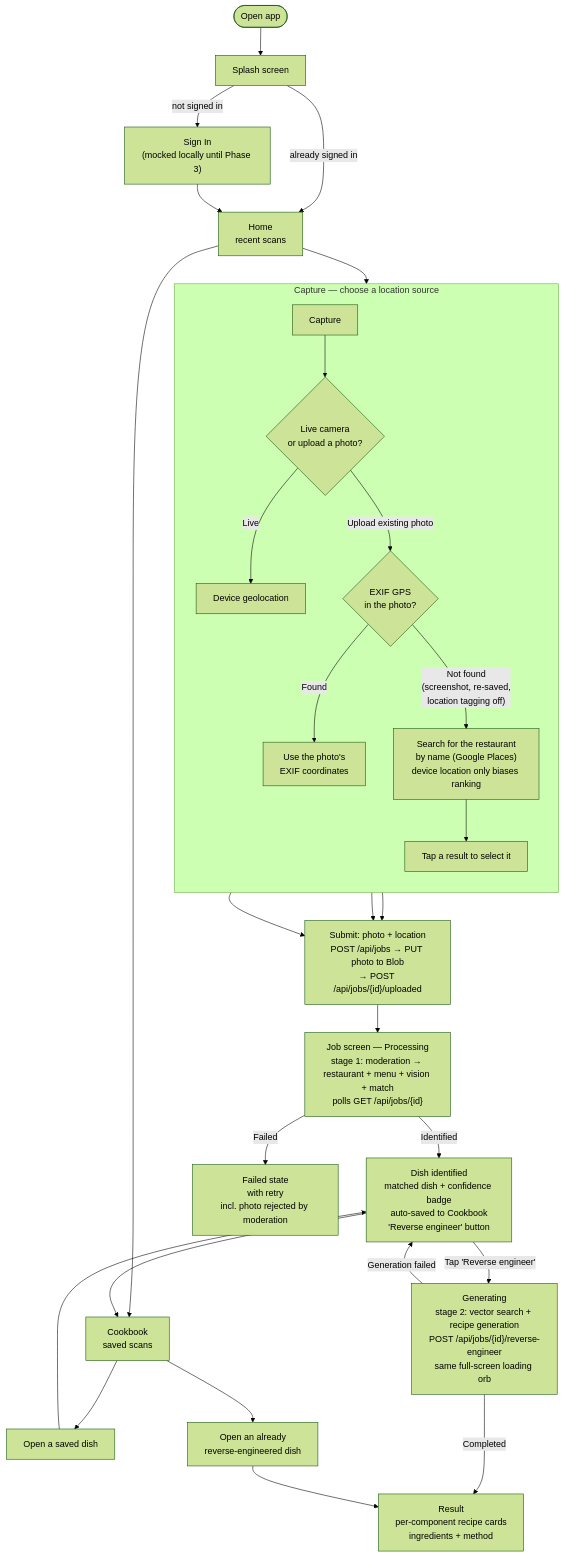
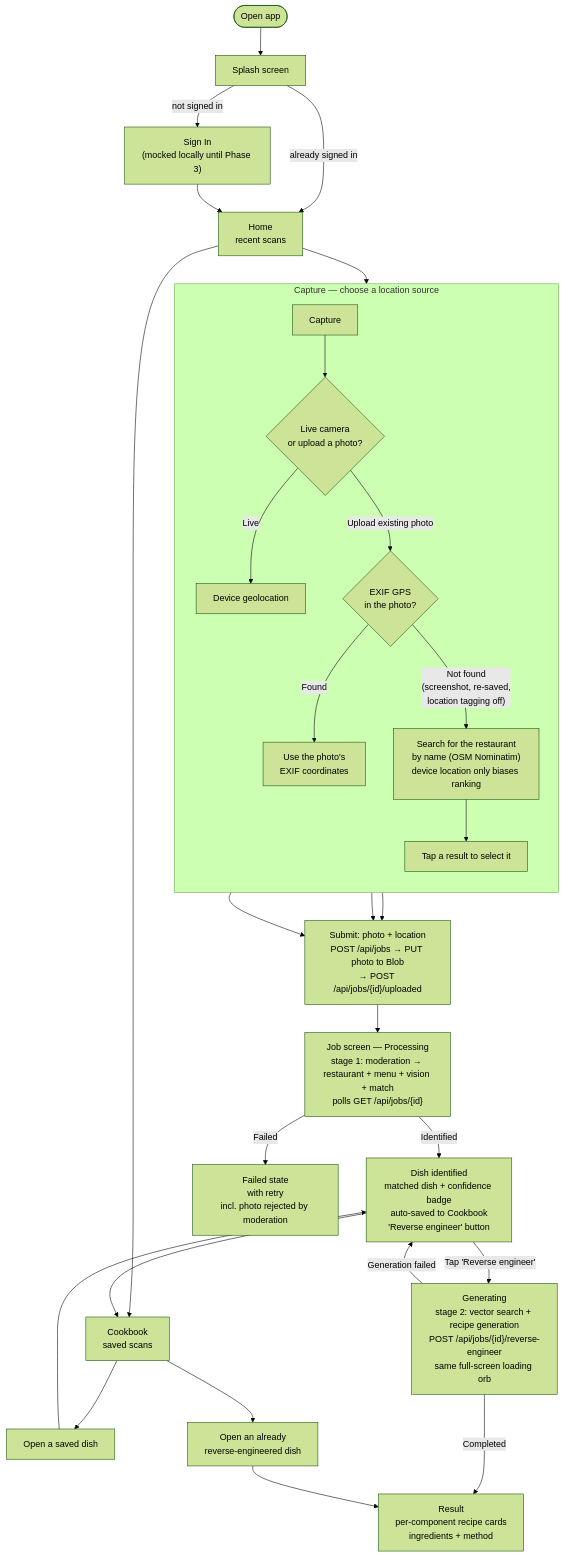
Before and after one commit to joelwood420/Replate: the diagram in docs/user-flow.md, drawn with Mermaid (forest theme). The commit also changed 10 other files, not shown here.

First line of the commit message:
Swap restaurant name search to OSM Nominatim; remove Google Places entirely

````diff
--- a/docs/user-flow.md
+++ b/docs/user-flow.md
@@ -11,40 +11,40 @@
 ```mermaid
 flowchart TD
     Start(["Open app"]) --> Splash["Splash screen"]
     Splash -->|not signed in| SignIn["Sign In<br/>(mocked locally until Phase 3)"]
     Splash -->|already signed in| Home
     SignIn --> Home["Home<br/>recent scans"]
 
     Home --> Capture["Capture"]
     Home --> Cookbook["Cookbook<br/>saved scans"]
 
     subgraph CaptureFlow["Capture — choose a location source"]
         direction TB
         Capture --> Choice{"Live camera<br/>or upload a photo?"}
         Choice -->|"Live"| LiveGPS["Device geolocation"]
         Choice -->|"Upload existing photo"| ExifCheck{"EXIF GPS<br/>in the photo?"}
         ExifCheck -->|"Found"| ExifGPS["Use the photo's<br/>EXIF coordinates"]
-        ExifCheck -->|"Not found<br/>(screenshot, re-saved,<br/>location tagging off)"| Search["Search for the restaurant<br/>by name (Google Places)<br/>device location only biases ranking"]
+        ExifCheck -->|"Not found<br/>(screenshot, re-saved,<br/>location tagging off)"| Search["Search for the restaurant<br/>by name (OSM Nominatim)<br/>device location only biases ranking"]
         Search --> SelectRestaurant["Tap a result to select it"]
     end
 
     LiveGPS --> Submit["Submit: photo + location<br/>POST /api/jobs → PUT photo to Blob<br/>→ POST /api/jobs/{id}/uploaded"]
     ExifGPS --> Submit
     SelectRestaurant --> Submit
 
     Submit --> Job["Job screen — Processing<br/>stage 1: moderation → restaurant + menu + vision + match<br/>polls GET /api/jobs/{id}"]
 
     Job -->|Identified| Identified["Dish identified<br/>matched dish + confidence badge<br/>auto-saved to Cookbook<br/>'Reverse engineer' button"]
     Job -->|Failed| Failed["Failed state<br/>with retry<br/>incl. photo rejected by moderation"]
 
     Identified --> Cookbook
     Cookbook --> ViewSaved["Open a saved dish"]
     ViewSaved --> Identified
 
     Identified -->|"Tap 'Reverse engineer'"| Generating["Generating<br/>stage 2: vector search + recipe generation<br/>POST /api/jobs/{id}/reverse-engineer<br/>same full-screen loading orb"]
     Generating -->|Completed| Result["Result<br/>per-component recipe cards<br/>ingredients + method"]
     Generating -->|"Generation failed"| Identified
 
     Cookbook --> ViewRecipe["Open an already<br/>reverse-engineered dish"]
     ViewRecipe --> Result
 ```
````
